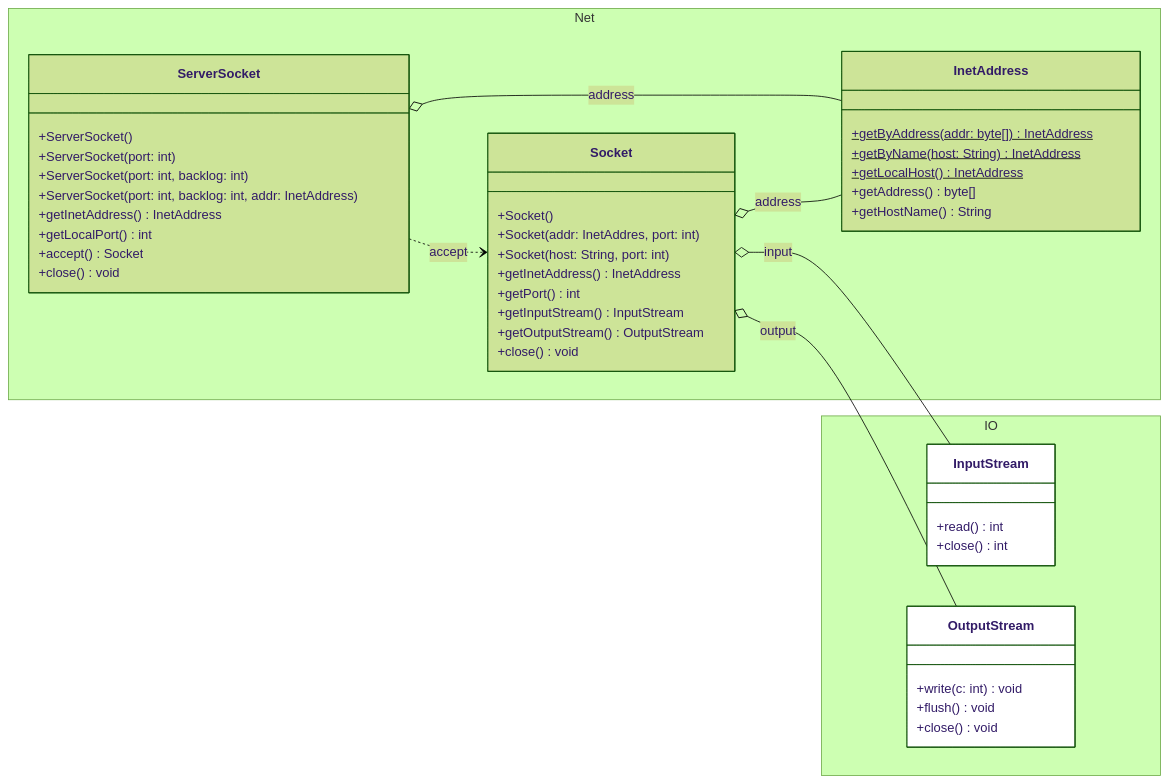
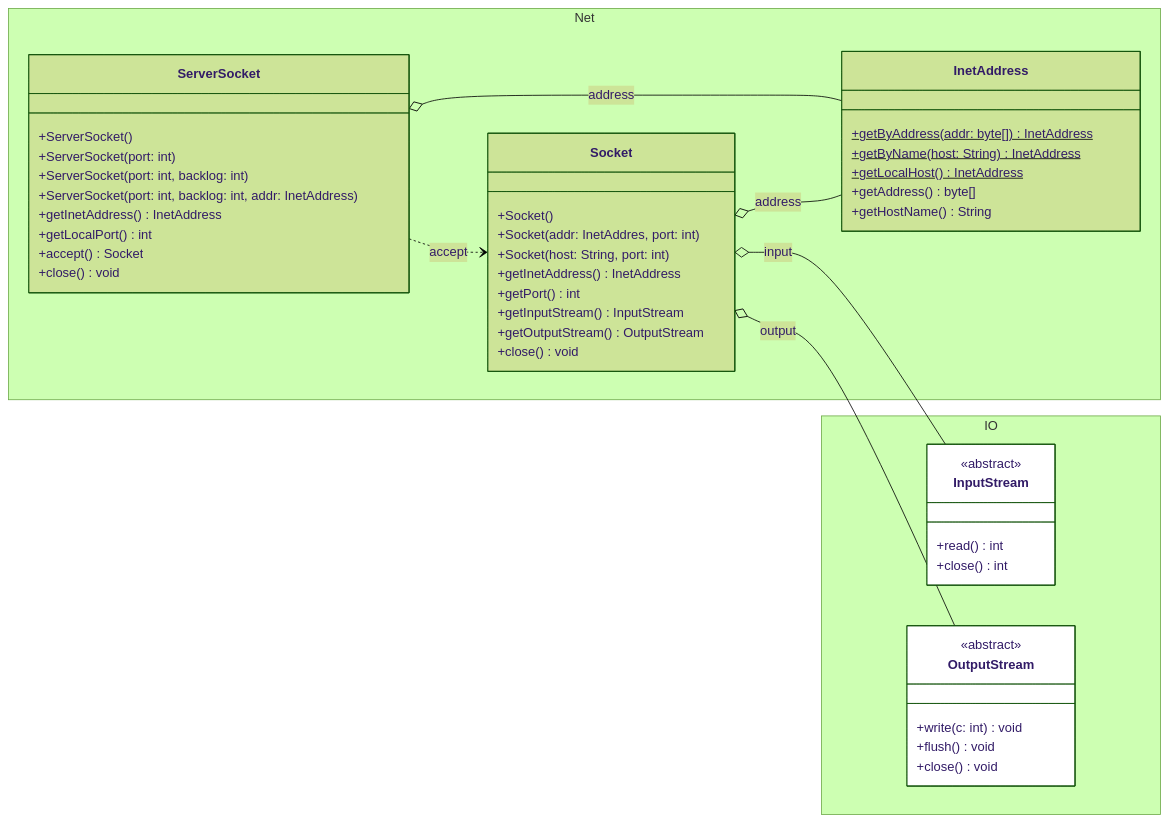
One commit to ghackenberg/kurs-java-programmierung changed the diagram in Grafiken/Net/TCP.mmd. Above: the diagram before and after it, drawn with Mermaid (forest theme). The commit also changed 3 other files, not shown here.

```diff
--- a/Grafiken/Net/TCP.mmd
+++ b/Grafiken/Net/TCP.mmd
@@ -1,59 +1,61 @@
 classDiagram
 
     direction LR
 
     namespace Net {
         class ServerSocket {
             +ServerSocket()
             +ServerSocket(port: int)
             +ServerSocket(port: int, backlog: int)
             +ServerSocket(port: int, backlog: int, addr: InetAddress)
             +getInetAddress() InetAddress
             +getLocalPort() int
             +accept() Socket
             +close() void
         }
 
         class Socket {
             +Socket()
             +Socket(addr: InetAddres, port: int)
             +Socket(host: String, port: int)
             +getInetAddress() InetAddress
             +getPort() int
             +getInputStream() InputStream
             +getOutputStream() OutputStream
             +close() void
         }
 
         class InetAddress {
             +getByAddress(addr: byte[]) InetAddress$
             +getByName(host: String) InetAddress$
             +getLocalHost() InetAddress$
             +getAddress() byte[]
             +getHostName() String
         }
     }
 
     namespace IO {
         class InputStream {
+            <<abstract>>
             +read() int
             +close() int
         }
         class OutputStream {
+            <<abstract>>
             +write(c: int) void
             +flush() void
             +close() void
         }
     }
 
     ServerSocket o-- InetAddress: address
 
     ServerSocket ..> Socket: accept
 
     Socket o-- InetAddress: address
 
     Socket o-- InputStream: input
     Socket o-- OutputStream: output
 
     style InputStream fill:white
     style OutputStream fill:white
```
